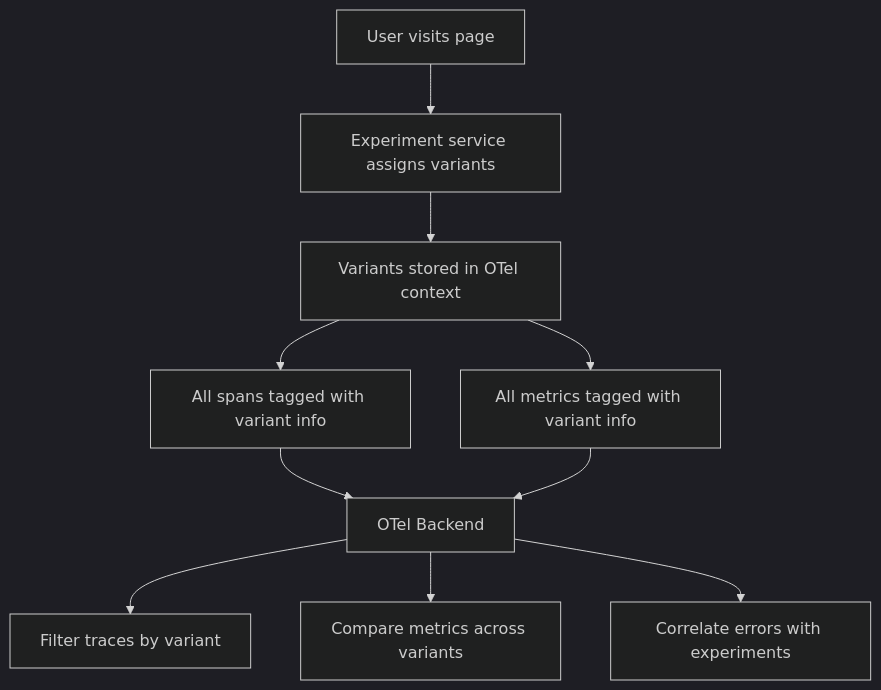
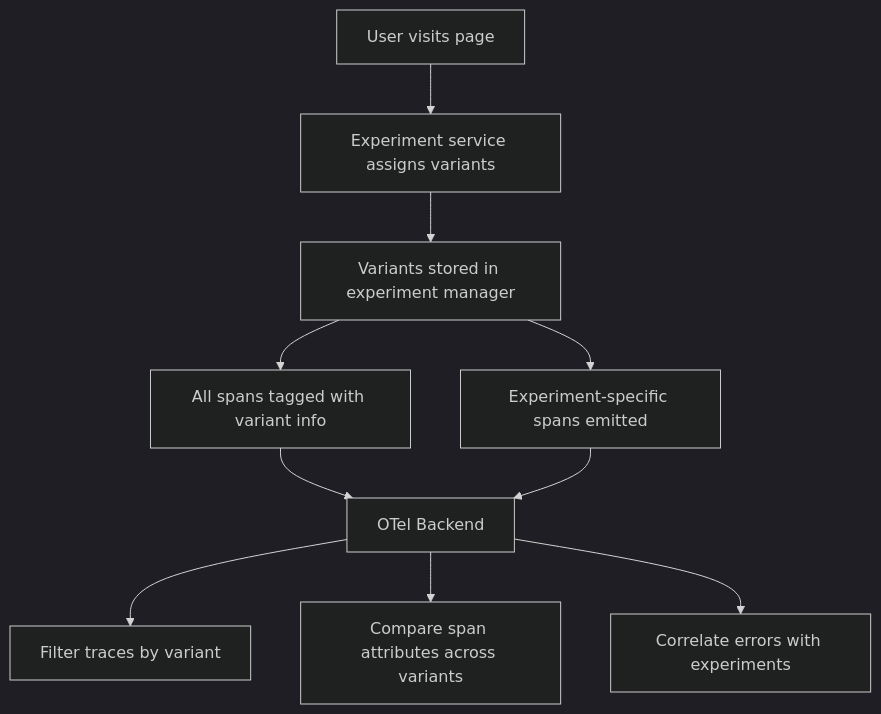
Before and after one commit to OneUptime/blog: the diagram in posts/2026-02-06-ab-test-tracking-opentelemetry-browser-sdk/README.md, drawn with Mermaid (dark theme). The commit also changed other lines of this file and 2 other files, not shown here.

````diff
--- a/posts/2026-02-06-ab-test-tracking-opentelemetry-browser-sdk/README.md
+++ b/posts/2026-02-06-ab-test-tracking-opentelemetry-browser-sdk/README.md
@@ -21,12 +21,12 @@
 ```mermaid
 flowchart TD
     A[User visits page] --> B[Experiment service assigns variants]
-    B --> C[Variants stored in OTel context]
+    B --> C[Variants stored in experiment manager]
     C --> D[All spans tagged with variant info]
-    C --> E[All metrics tagged with variant info]
+    C --> E[Experiment-specific spans emitted]
     D --> F[OTel Backend]
     E --> F
     F --> G[Filter traces by variant]
-    F --> H[Compare metrics across variants]
+    F --> H[Compare span attributes across variants]
     F --> I[Correlate errors with experiments]
 ```
````
